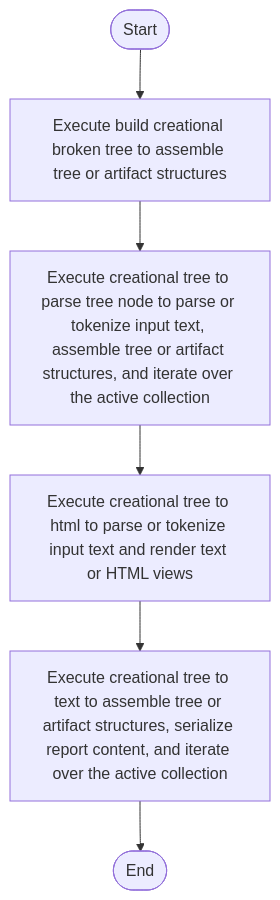
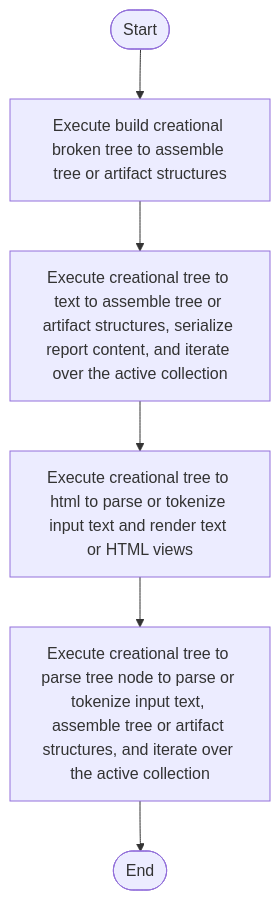
Before and after one commit to JohnAndrewBalbarosa/NeoTerritory: the diagram in docs/Codebase/Microservice/Modules/Source/Creational/creational_broken_tree.cpp.md, drawn with Mermaid. The commit also changed 148 other files, not shown here.

````diff
--- a/docs/Codebase/Microservice/Modules/Source/Creational/creational_broken_tree.cpp.md
+++ b/docs/Codebase/Microservice/Modules/Source/Creational/creational_broken_tree.cpp.md
@@ -39,14 +39,14 @@
 ```mermaid
 flowchart TD
     Start([Start])
     N0[Execute build creational broken tree to assemble tree or artifact structures]
-    N1[Execute creational tree to parse tree node to parse or tokenize input text, assemble tree or artifact structures, and iterate over the active collection]
+    N1[Execute creational tree to text to assemble tree or artifact structures, serialize report content, and iterate over the active collection]
     N2[Execute creational tree to html to parse or tokenize input text and render text or HTML views]
-    N3[Execute creational tree to text to assemble tree or artifact structures, serialize report content, and iterate over the active collection]
+    N3[Execute creational tree to parse tree node to parse or tokenize input text, assemble tree or artifact structures, and iterate over the active collection]
     End([End])
     Start --> N0
     N0 --> N1
     N1 --> N2
     N2 --> N3
     N3 --> End
 ```
````
